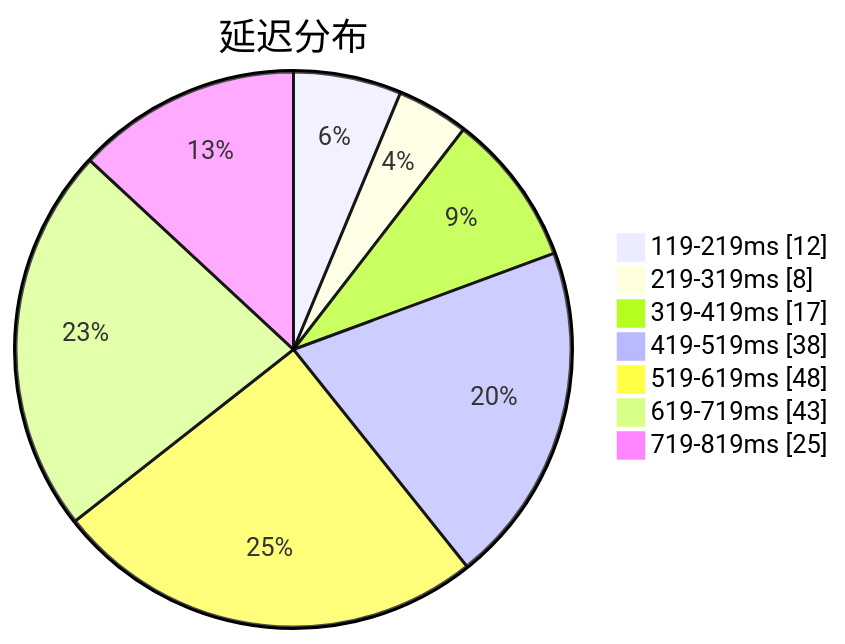
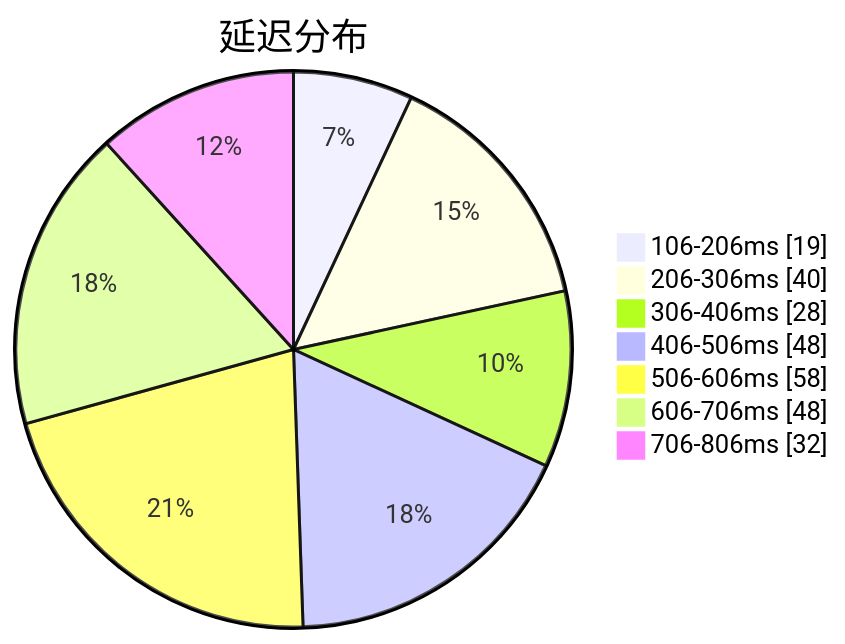
The first of 3 diagrams in subs/statistics/tested_within.md (sinspired/airport), drawn with Mermaid before and after one commit. The commit also changed other lines of this file and 2 other files, not shown here.

````diff
--- a/subs/statistics/tested_within.md
+++ b/subs/statistics/tested_within.md
@@ -2,11 +2,11 @@
 ```mermaid
 pie showData
 title 延迟分布
-"119-219ms" : 12
-"219-319ms" : 8
-"319-419ms" : 17
-"419-519ms" : 38
-"519-619ms" : 48
-"619-719ms" : 43
-"719-819ms" : 25
+"106-206ms" : 19
+"206-306ms" : 40
+"306-406ms" : 28
+"406-506ms" : 48
+"506-606ms" : 58
+"606-706ms" : 48
+"706-806ms" : 32
 ```
````
